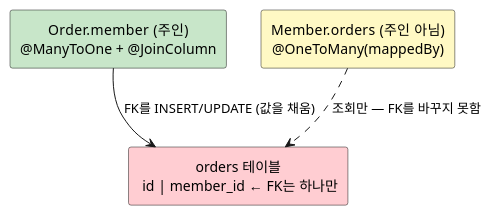
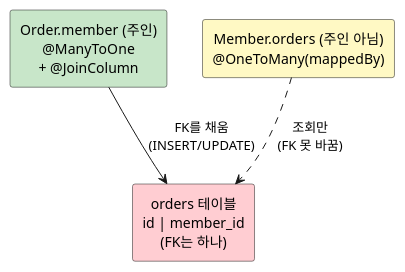
Before and after one commit to johnycho/johny-dev: the first of 4 diagrams in blog/2026-10-06-jpa-unidirectional-association-pitfalls.mdx, drawn with PlantUML. The commit also changed other lines of this file and 4 other files, not shown here.

First line of the commit message:
post: jpa 단방향 글 명확화 + 다이어그램 모바일 폭 축소, mq 선택기준 정리

````diff
--- a/blog/2026-10-06-jpa-unidirectional-association-pitfalls.mdx
+++ b/blog/2026-10-06-jpa-unidirectional-association-pitfalls.mdx
@@ -34,13 +36,14 @@
 ```plantuml
 @startuml
 skinparam defaultTextAlignment center
 skinparam shadowing false
+skinparam defaultFontName sans-serif
 
-rectangle "Order.member  (주인)\n@ManyToOne + @JoinColumn" as ORD #C8E6C9
-rectangle "Member.orders  (주인 아님)\n@OneToMany(mappedBy)" as MEM #FFF9C4
-rectangle "orders 테이블\n id | member_id  ← FK는 하나만" as T #FFCDD2
+rectangle "Order.member (주인)\n@ManyToOne\n+ @JoinColumn" as ORD #C8E6C9
+rectangle "Member.orders (주인 아님)\n@OneToMany(mappedBy)" as MEM #FFF9C4
+rectangle "orders 테이블\nid | member_id\n(FK는 하나)" as T #FFCDD2
 
-ORD -down-> T : FK를 INSERT/UPDATE (값을 채움)
-MEM ..> T : 조회만 — FK를 바꾸지 못함
+ORD -down-> T : FK를 채움\n(INSERT/UPDATE)
+MEM ..> T : 조회만\n(FK 못 바꿈)
 @enduml
 ```
````
